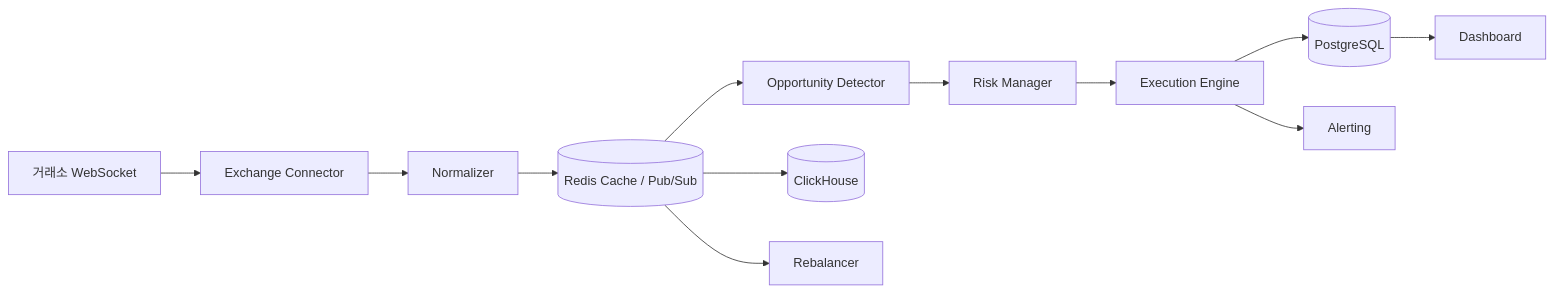
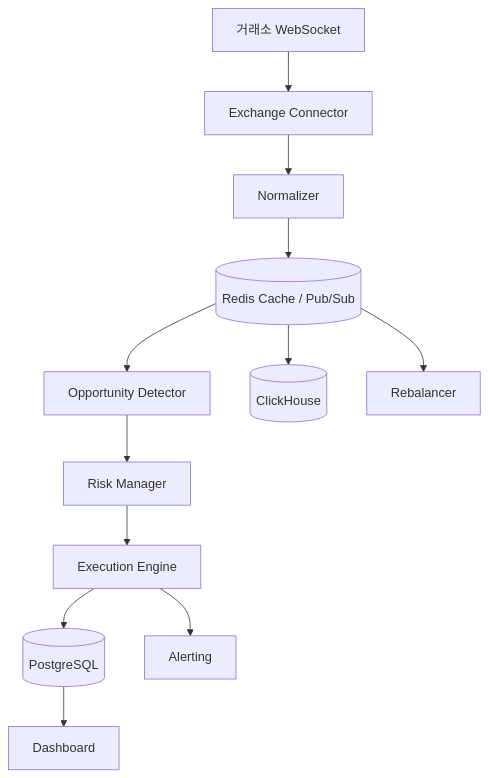
One commit to geniuskey/arbot changed the diagram in docs-site/concepts/architecture.md. Above: the diagram before and after it, drawn with Mermaid.

Commit message:
fix: change mermaid diagram to vertical (TD) layout

````diff
--- a/docs-site/concepts/architecture.md
+++ b/docs-site/concepts/architecture.md
@@ -7,14 +7,14 @@
 ```mermaid
-graph LR
+graph TD
     WS[거래소 WebSocket] --> CONN[Exchange Connector]
     CONN --> NORM[Normalizer]
     NORM --> REDIS[(Redis Cache / Pub/Sub)]
     REDIS --> DET[Opportunity Detector]
     REDIS --> CH[(ClickHouse)]
+    REDIS --> REBAL[Rebalancer]
     DET --> RISK[Risk Manager]
     RISK --> EXEC[Execution Engine]
     EXEC --> PG[(PostgreSQL)]
+    EXEC --> ALERT[Alerting]
     PG --> DASH[Dashboard]
-    EXEC --> ALERT[Alerting]
-    REDIS --> REBAL[Rebalancer]
 ```
````
